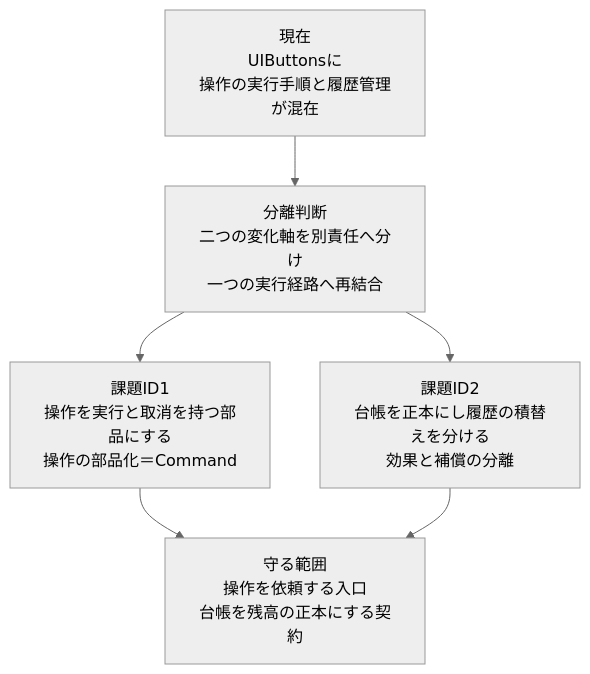
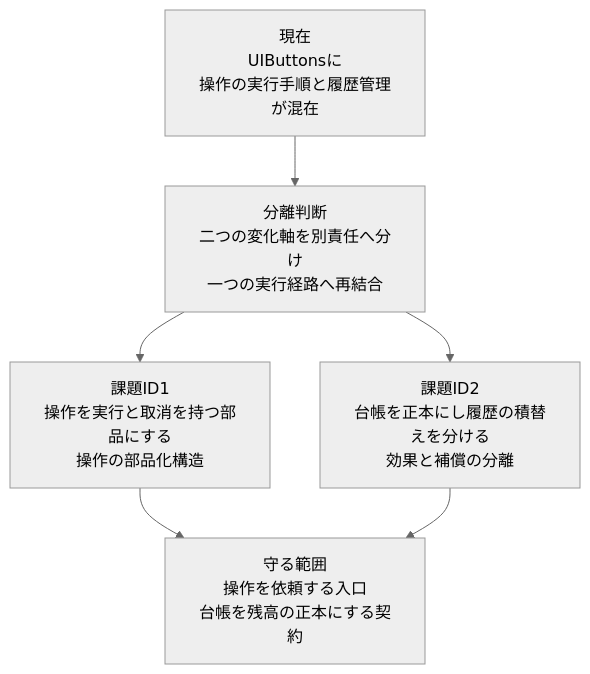
One commit to kumachan1101-pixel/DesignPattern changed the tenth of 19 diagrams in kindle/design-patterns/output/chapter05.md. Above: the diagram before and after it, drawn with Mermaid (neutral theme). The commit also changed other lines of this file and 24 other files, not shown here.

Commit message:
docs: 問題から導く構成とクラス図説明を整合

````diff
--- a/kindle/design-patterns/output/chapter05.md
+++ b/kindle/design-patterns/output/chapter05.md
@@ -1395,8 +1393,8 @@
 ```mermaid
 flowchart TB
     A[現在<br/>UIButtonsに<br/>操作の実行手順と履歴管理が混在] --> B[分離判断<br/>二つの変化軸を別責任へ分け<br/>一つの実行経路へ再結合]
-    B --> C[課題ID1<br/>操作を実行と取消を持つ部品にする<br/>操作の部品化＝Command]
+    B --> C[課題ID1<br/>操作を実行と取消を持つ部品にする<br/>操作の部品化構造]
     B --> D[課題ID2<br/>台帳を正本にし履歴の積替えを分ける<br/>効果と補償の分離]
     C --> E[守る範囲<br/>操作を依頼する入口<br/>台帳を残高の正本にする契約]
     D --> E
 ```
````
